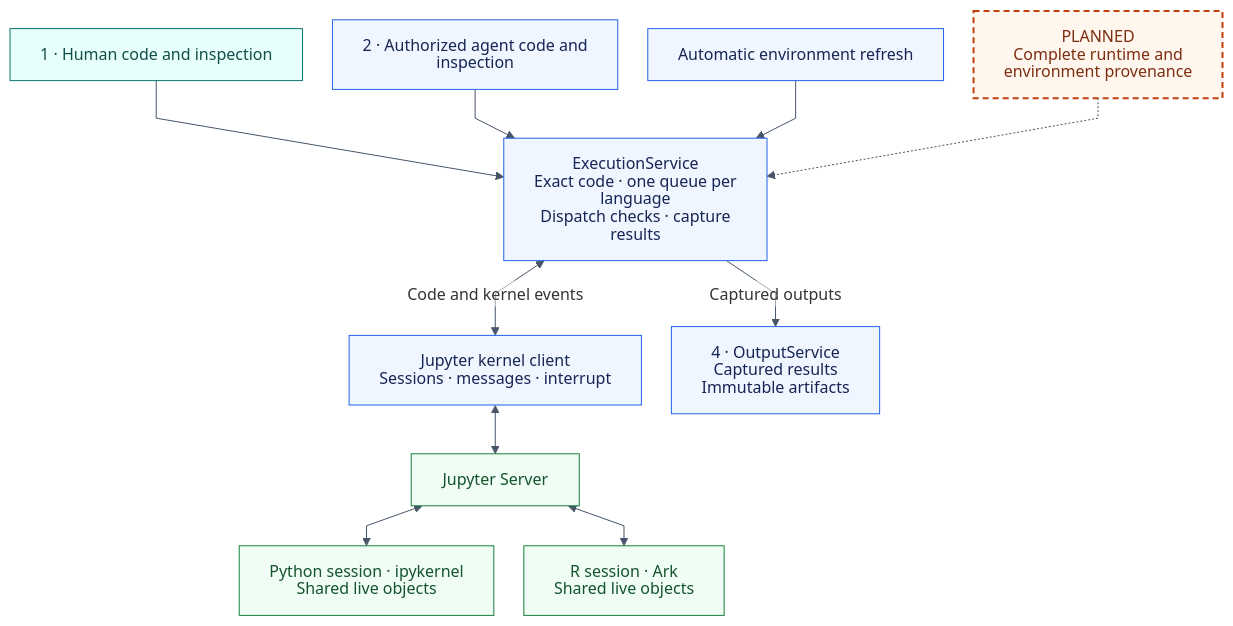
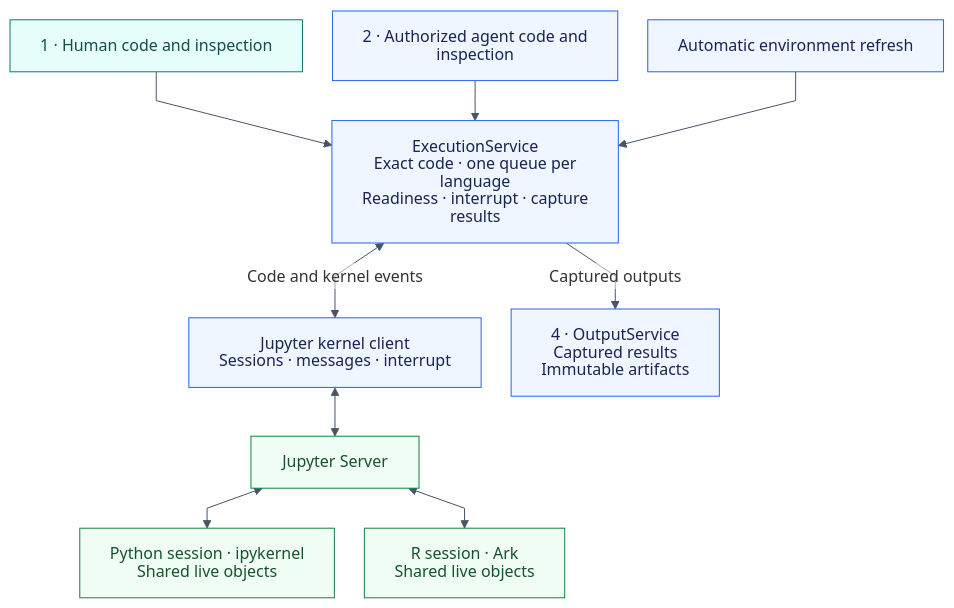
The fourth of 5 diagrams in ARCHITECTURE.md (carl-stone/biologue), drawn with Mermaid before and after one commit. The commit also changed other lines of this file and 31 other files, not shown here.

````diff
--- a/ARCHITECTURE.md
+++ b/ARCHITECTURE.md
@@ -216,33 +215,30 @@
 ```mermaid
 %%{init: {"theme":"base","htmlLabels":false,"markdownAutoWrap":false,"themeVariables":{"fontFamily":"Arial, sans-serif","lineColor":"#475569","edgeLabelBackground":"#FFFFFF"},"flowchart":{"htmlLabels":false,"curve":"linear","nodeSpacing":30,"rankSpacing":40,"wrappingWidth":240,"minNodeWidth":200}}}%%
 flowchart TB
     Human["1 · Human code and inspection"]
     Agent["2 · Authorized agent code and inspection"]
     Refresh["Automatic environment refresh"]
-    Execution["ExecutionService<br/>Exact code · one queue per language<br/>Dispatch checks · capture results"]
+    Execution["ExecutionService<br/>Exact code · one queue per language<br/>Readiness · interrupt · capture results"]
     Client["Jupyter kernel client<br/>Sessions · messages · interrupt"]
     Jupyter["Jupyter Server"]
     Python["Python session · ipykernel<br/>Shared live objects"]
     R["R session · Ark<br/>Shared live objects"]
     Outputs["4 · OutputService<br/>Captured results<br/>Immutable artifacts"]
-    Provenance["PLANNED<br/>Complete runtime and<br/>environment provenance"]
 
     Human --> Execution
     Agent --> Execution
     Refresh --> Execution
     Execution <-->|"Code and kernel events"| Client
     Client <--> Jupyter
     Jupyter <--> Python
     Jupyter <--> R
     Execution -->|"Captured outputs"| Outputs
-    Provenance -.-> Execution
 
     classDef workbench fill:#E6FFFB,stroke:#0F766E,color:#134E4A
     classDef app fill:#EFF6FF,stroke:#2563EB,color:#172554
     classDef runtime fill:#F0FDF4,stroke:#15803D,color:#14532D
     classDef planned fill:#FFF7ED,stroke:#C2410C,color:#7C2D12,stroke-width:2px,stroke-dasharray:6 4
     class Human workbench
     class Agent,Refresh,Execution,Client,Outputs app
     class Jupyter,Python,R runtime
-    class Provenance planned
 ```
````
